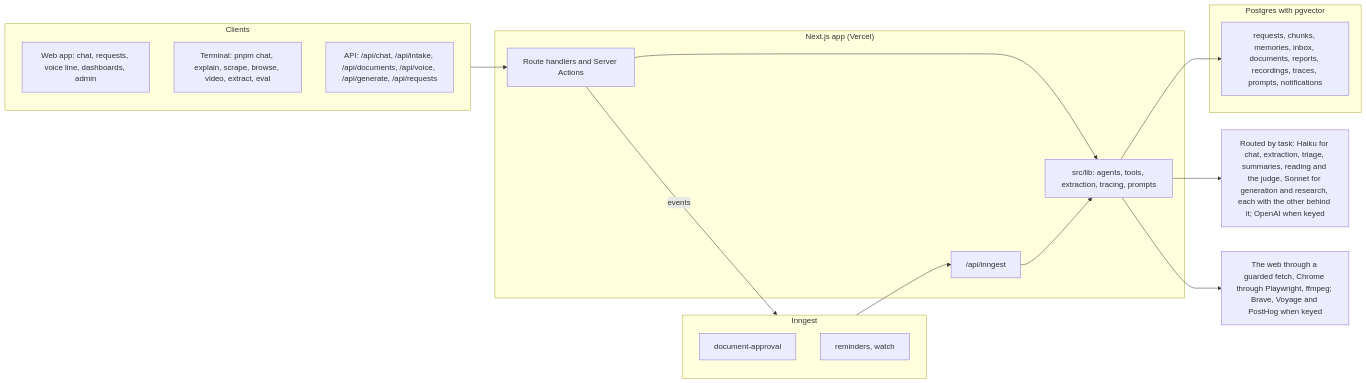
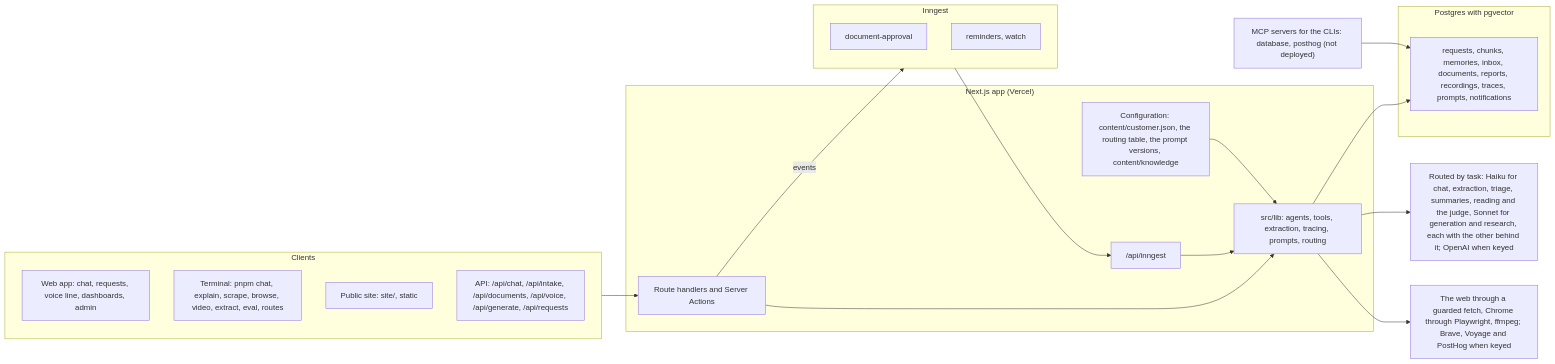
Before and after one commit to anusheel/workbot: the diagram in docs/architecture.md, drawn with Mermaid. The commit also changed other lines of this file and 14 other files, not shown here.

````diff
--- a/docs/architecture.md
+++ b/docs/architecture.md
@@ -7,26 +7,31 @@
 ```mermaid
 flowchart LR
   subgraph clients [Clients]
     web["Web app: chat, requests, voice line, dashboards, admin"]
-    cli["Terminal: pnpm chat, explain, scrape, browse, video, extract, eval"]
+    cli["Terminal: pnpm chat, explain, scrape, browse, video, extract, eval, routes"]
+    site["Public site: site/, static"]
     api["API: /api/chat, /api/intake, /api/documents, /api/voice, /api/generate, /api/requests"]
   end
   subgraph app ["Next.js app (Vercel)"]
     routes["Route handlers and Server Actions"]
-    lib["src/lib: agents, tools, extraction, tracing, prompts"]
+    lib["src/lib: agents, tools, extraction, tracing, prompts, routing"]
     serve["/api/inngest"]
+    config["Configuration: content/customer.json, the routing table, the prompt versions, content/knowledge"]
   end
+  mcp["MCP servers for the CLIs: database, posthog (not deployed)"]
   subgraph engine ["Inngest"]
     approval["document-approval"]
     crons["reminders, watch"]
   end
   subgraph data ["Postgres with pgvector"]
     tables["requests, chunks, memories, inbox, documents, reports, recordings, traces, prompts, notifications"]
   end
   models["Routed by task: Haiku for chat, extraction, triage, summaries, reading and the judge, Sonnet for generation and research, each with the other behind it; OpenAI when keyed"]
   outside["The web through a guarded fetch, Chrome through Playwright, ffmpeg; Brave, Voyage and PostHog when keyed"]
   clients --> routes --> lib --> models
   lib --> tables
   routes -- events --> engine --> serve --> lib
   lib --> outside
+  config --> lib
+  mcp --> tables
 ```
````
